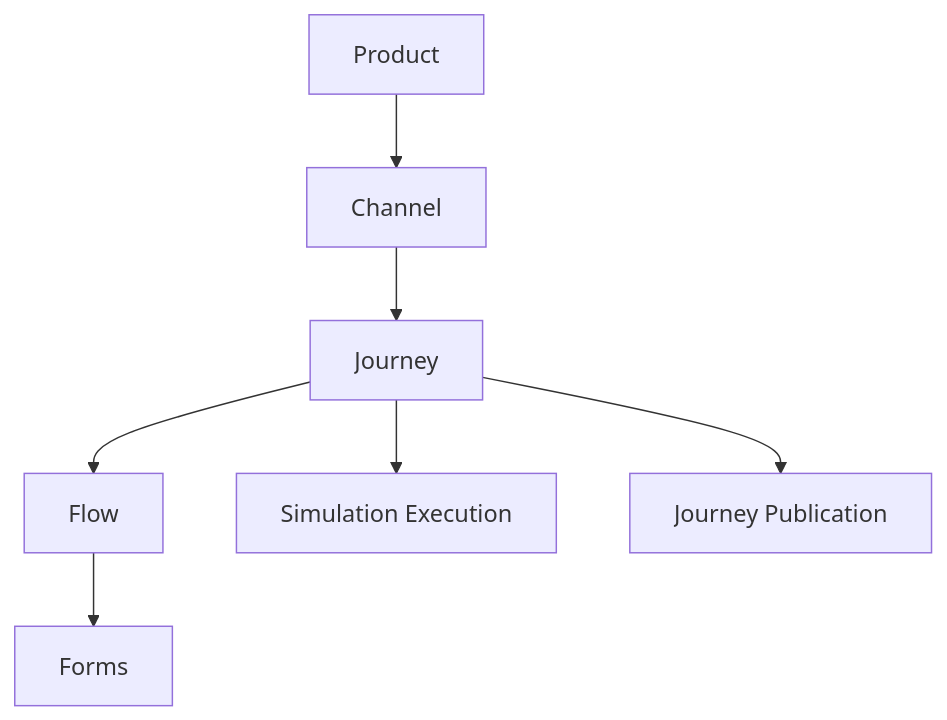
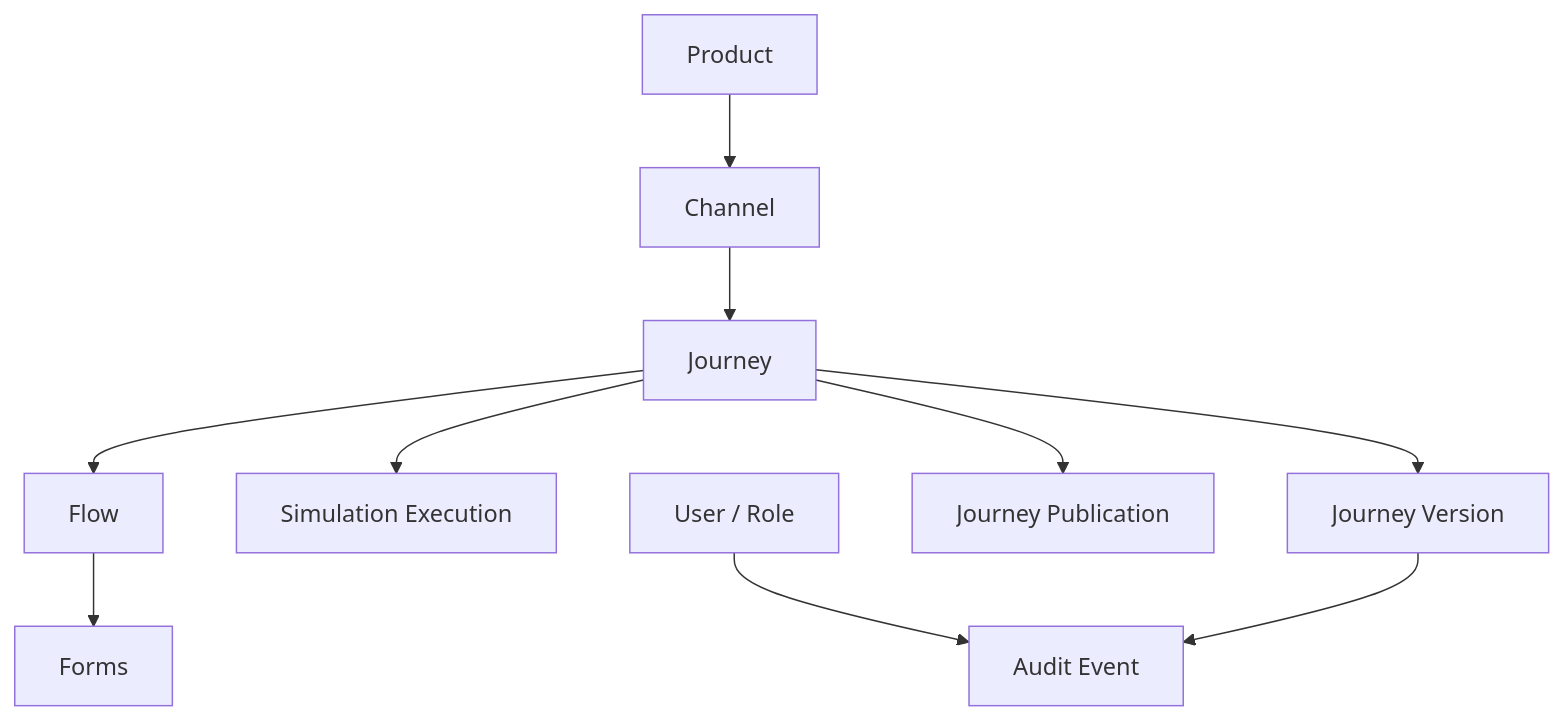
Before and after one commit to hermesnet-git/journey-admin: the first of 4 diagrams in requisitos/admin/ej-admin-modelo-dados-conceitual.md, drawn with Mermaid. The commit also changed other lines of this file and 7 other files, not shown here.

````diff
--- a/requisitos/admin/ej-admin-modelo-dados-conceitual.md
+++ b/requisitos/admin/ej-admin-modelo-dados-conceitual.md
@@ -49,17 +49,23 @@
 ```mermaid
 flowchart TD
     PRODUCT[Product]
     CHANNEL[Channel]
     JOURNEY[Journey]
     FLOW[Flow]
     FORMS[Forms]
     SIMULATION[Simulation Execution]
+    VERSION[Journey Version]
     PUBLICATION[Journey Publication]
+    USER[User / Role]
+    AUDIT[Audit Event]
 
     PRODUCT --> CHANNEL
     CHANNEL --> JOURNEY
     JOURNEY --> FLOW
     JOURNEY --> SIMULATION
+    JOURNEY --> VERSION
     JOURNEY --> PUBLICATION
+    USER --> AUDIT
+    VERSION --> AUDIT
     FLOW --> FORMS
 ```
````
